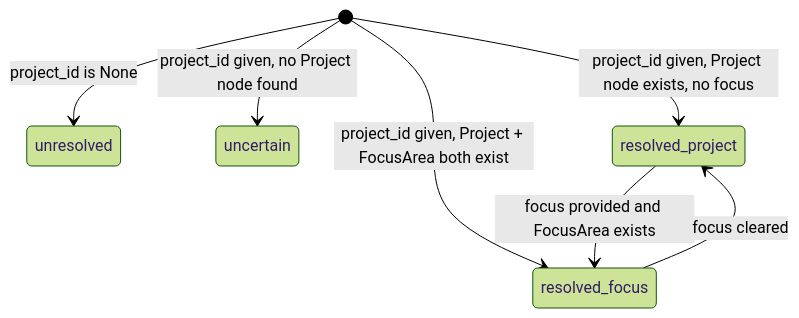
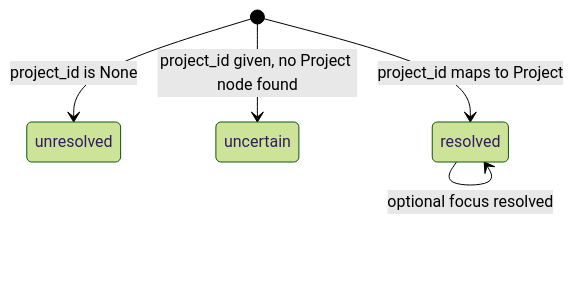
Before and after one commit to khoavu882/graphbase-memories-mcp: the first of 2 diagrams in docs/architecture/engines.md, drawn with Mermaid (forest theme). The commit also changed other lines of this file and 20 other files, not shown here.

````diff
--- a/docs/architecture/engines.md
+++ b/docs/architecture/engines.md
@@ -13,10 +11,7 @@
 ```mermaid
 stateDiagram-v2
     [*] --> unresolved : project_id is None
     [*] --> uncertain : project_id given, no Project node found
-    [*] --> resolved_project : project_id given, Project node exists, no focus
-    [*] --> resolved_focus : project_id given, Project + FocusArea both exist
-
-    resolved_project --> resolved_focus : focus provided and FocusArea exists
-    resolved_focus --> resolved_project : focus cleared
+    [*] --> resolved : project_id maps to Project
+    resolved --> resolved : optional focus resolved
 ```
````
